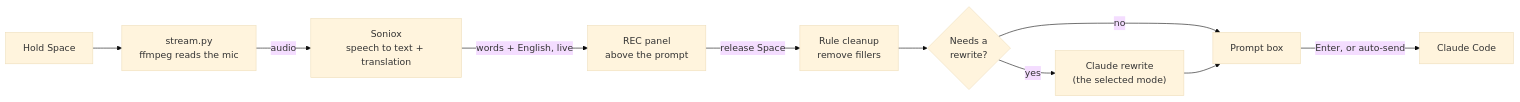
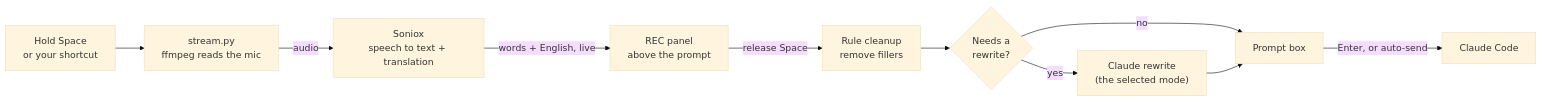
The diagram in README.md (Ariiima/claude-code-persian-to-english-voice), drawn with Mermaid (base theme) before and after one commit. The commit also changed other lines of this file and 4 other files, not shown here.

First line of the commit message:
Add custom shortcut and hold-Space switch

````diff
--- a/README.md
+++ b/README.md
@@ -130,12 +160,12 @@
 ```mermaid
 flowchart LR
-    A["Hold Space"] --> B["stream.py<br/>ffmpeg reads the mic"]
+    A["Hold Space<br/>or your shortcut"] --> B["stream.py<br/>ffmpeg reads the mic"]
     B -- "audio" --> C["Soniox<br/>speech to text + translation"]
     C -- "words + English, live" --> D["REC panel<br/>above the prompt"]
     D -- "release Space" --> E["Rule cleanup<br/>remove fillers"]
     E --> F{"Needs a<br/>rewrite?"}
     F -- "no" --> G["Prompt box"]
     F -- "yes" --> H["Claude rewrite<br/>(the selected mode)"]
     H --> G
     G -- "Enter, or auto-send" --> I["Claude Code"]
 ```
````
